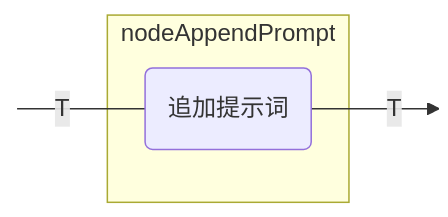
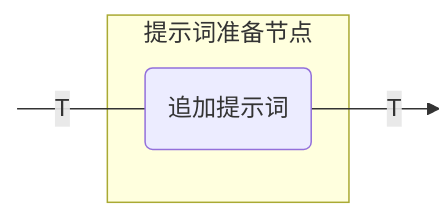
Before and after one commit to BinaryTape/Open-Docs: the third of 15 diagrams in docs/koog/nodes-and-components.md, drawn with Mermaid. The commit also changed other lines of this file and 164 other files, not shown here.

````diff
--- a/docs/koog/nodes-and-components.md
+++ b/docs/koog/nodes-and-components.md
@@ -144,13 +143,13 @@
 ```mermaid
 graph LR
     in:::hidden
     out:::hidden
     
-    subgraph node ["nodeAppendPrompt"]
+    subgraph node ["提示词准备节点"]
         execute(追加提示词)
     end
     
     in ---|T| execute --T--> out
 
     classDef hidden display: none;
 ```
````
